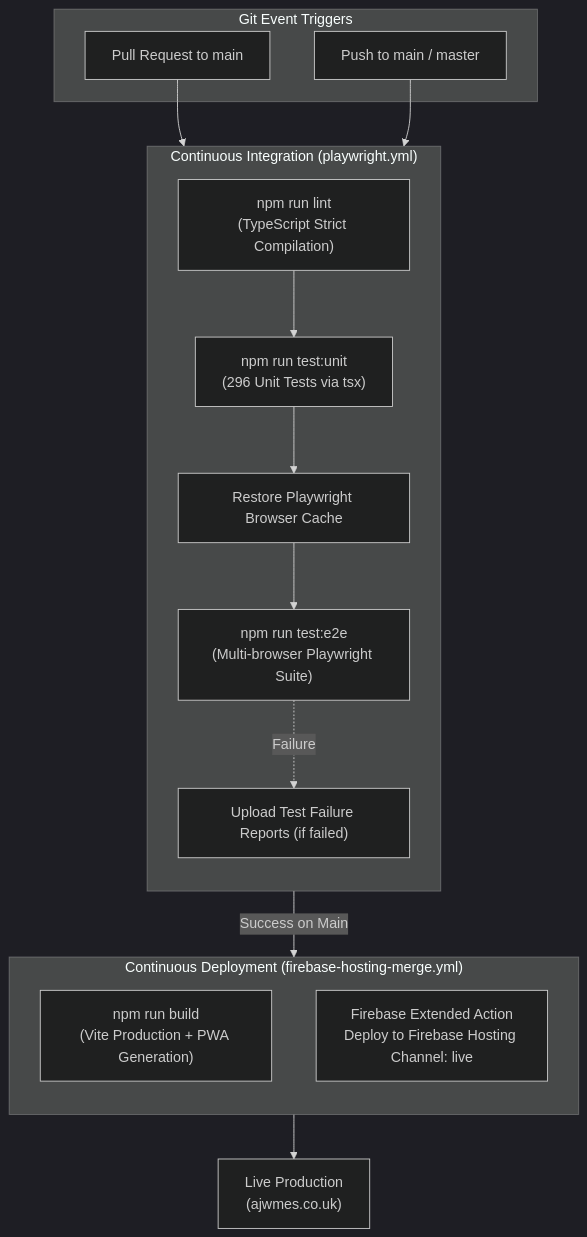
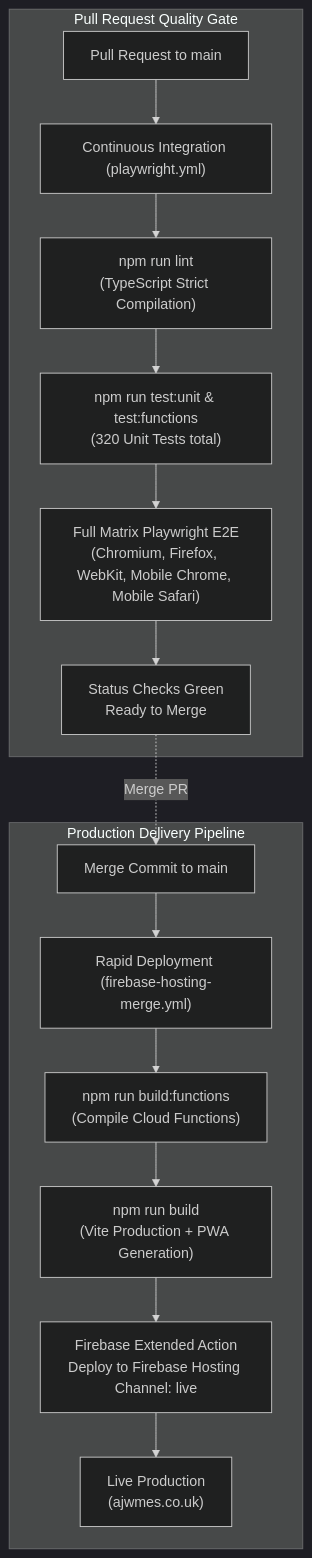
One commit to AnthonyWrather/ajwmes changed the seventh of 7 diagrams in DESIGN.md. Above: the diagram before and after it, drawn with Mermaid (dark theme). The commit also changed other lines of this file and 3 other files, not shown here.

Commit message:
ci(devops): gate cross-browser matrix tests on PRs and streamline merge deployment (#91) (#93)

````diff
--- a/DESIGN.md
+++ b/DESIGN.md
@@ -606,30 +606,20 @@
 ```mermaid
 flowchart TD
-    subgraph Trigger["Git Event Triggers"]
-        PR["Pull Request to main"]
-        PushMain["Push to main / master"]
+    subgraph PRTrigger["Pull Request Quality Gate"]
+        PR["Pull Request to main"] --> CI["Continuous Integration (playwright.yml)"]
+        CI --> Lint["npm run lint\n(TypeScript Strict Compilation)"]
+        Lint --> Unit["npm run test:unit & test:functions\n(320 Unit Tests total)"]
+        Unit --> E2E["Full Matrix Playwright E2E\n(Chromium, Firefox, WebKit, Mobile Chrome, Mobile Safari)"]
+        E2E --> GatePass["Status Checks Green\nReady to Merge"]
     end
 
-    subgraph CI["Continuous Integration (playwright.yml)"]
-        direction TB
-        Lint["npm run lint\n(TypeScript Strict Compilation)"]
-        Unit["npm run test:unit\n(296 Unit Tests via tsx)"]
-        CachePW["Restore Playwright Browser Cache"]
-        E2E["npm run test:e2e\n(Multi-browser Playwright Suite)"]
-        Artifacts["Upload Test Failure Reports (if failed)"]
-        
-        Lint --> Unit --> CachePW --> E2E
-        E2E -. Failure .-> Artifacts
+    subgraph CDTrigger["Production Delivery Pipeline"]
+        PushMain["Merge Commit to main"] --> CD["Rapid Deployment (firebase-hosting-merge.yml)"]
+        CD --> FunctionsBuild["npm run build:functions\n(Compile Cloud Functions)"]
+        FunctionsBuild --> Build["npm run build\n(Vite Production + PWA Generation)"]
+        Build --> Deploy["Firebase Extended Action\nDeploy to Firebase Hosting Channel: live"]
+        Deploy --> LiveProd["Live Production\n(ajwmes.co.uk)"]
     end
 
-    subgraph CD["Continuous Deployment (firebase-hosting-merge.yml)"]
-        direction TB
-        Build["npm run build\n(Vite Production + PWA Generation)"]
-        Deploy["Firebase Extended Action\nDeploy to Firebase Hosting Channel: live"]
-    end
-
-    PR --> CI
-    PushMain --> CI
-    CI -- Success on Main --> CD
-    CD --> LiveProd["Live Production\n(ajwmes.co.uk)"]
+    GatePass -.->|"Merge PR"| PushMain
 ```
````
